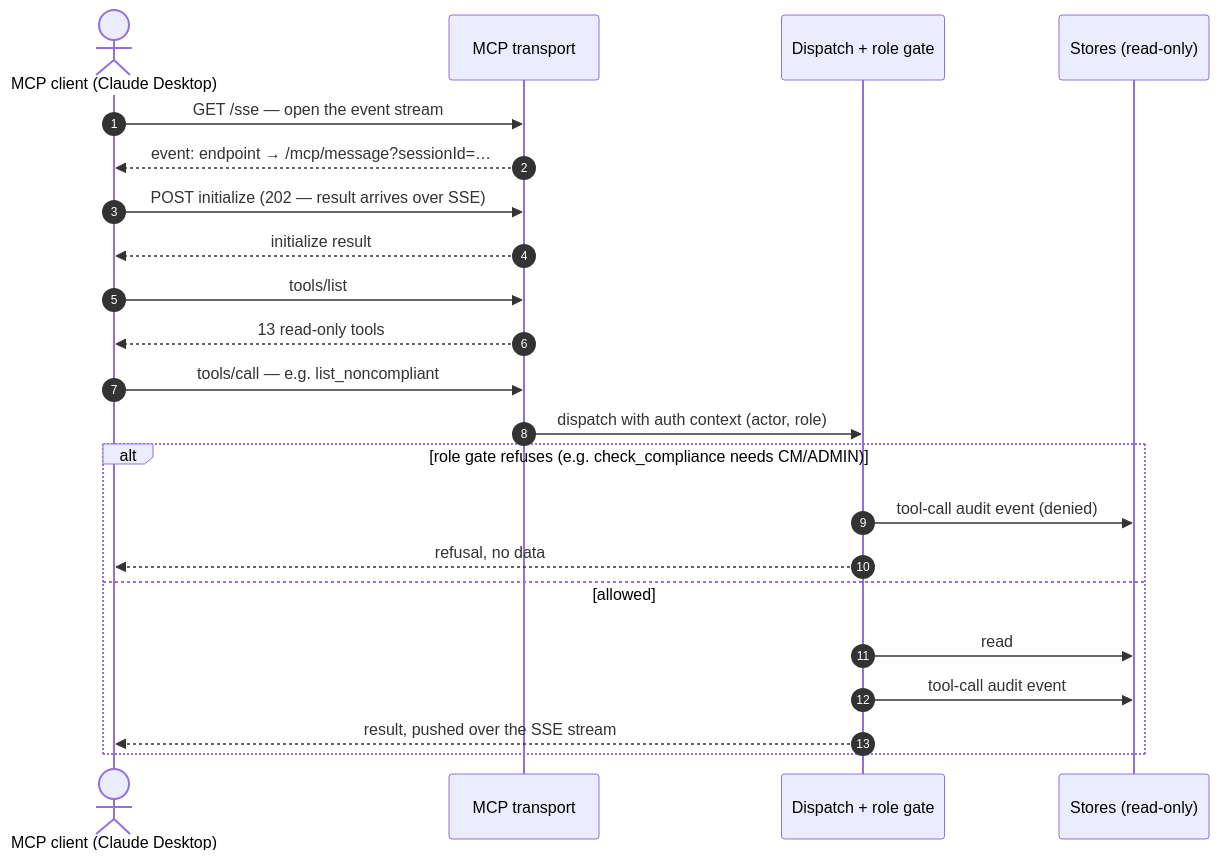
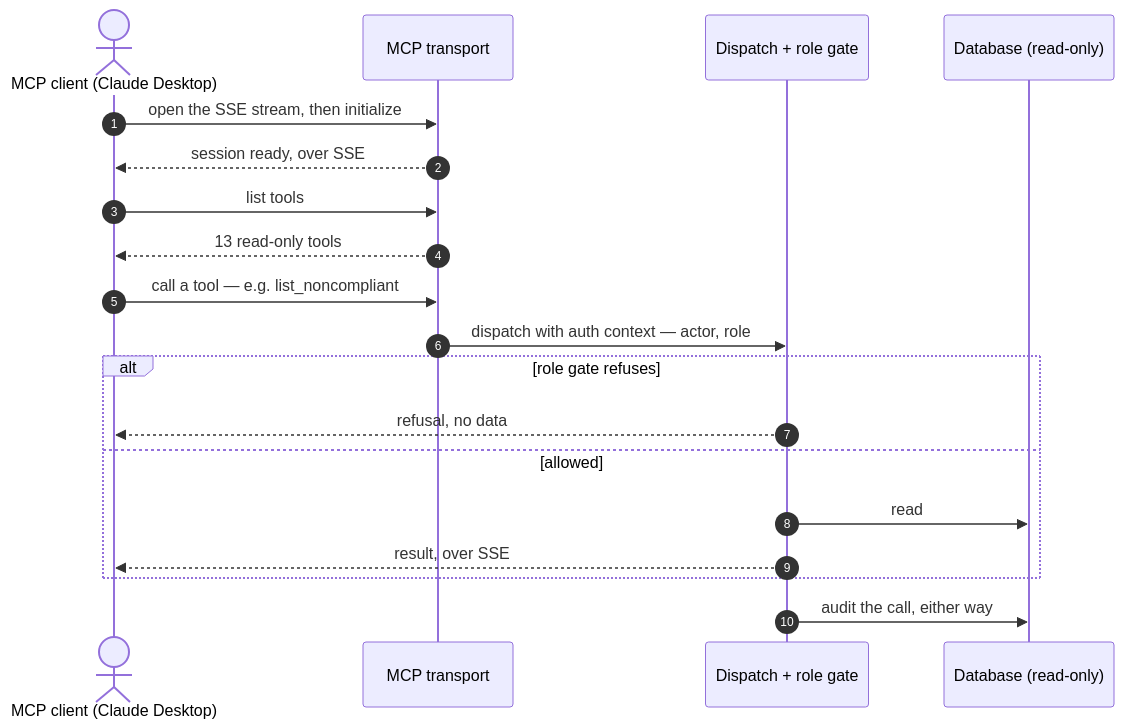
The sixth of 6 diagrams in docs/guide/10-scenarios.md (Taleef7/workwell), drawn with Mermaid before and after one commit. The commit also changed other lines of this file, not shown here.

````diff
--- a/docs/guide/10-scenarios.md
+++ b/docs/guide/10-scenarios.md
@@ -254,24 +314,21 @@
 ```mermaid
 sequenceDiagram
   autonumber
   actor C as MCP client (Claude Desktop)
   participant T as MCP transport
   participant D as Dispatch + role gate
-  participant DB as Stores (read-only)
-  C->>T: GET /sse — open the event stream
-  T-->>C: event: endpoint → /mcp/message?sessionId=…
-  C->>T: POST initialize (202 — result arrives over SSE)
-  T-->>C: initialize result
-  C->>T: tools/list
+  participant DB as Database (read-only)
+  C->>T: open the SSE stream, then initialize
+  T-->>C: session ready, over SSE
+  C->>T: list tools
   T-->>C: 13 read-only tools
-  C->>T: tools/call — e.g. list_noncompliant
-  T->>D: dispatch with auth context (actor, role)
-  alt role gate refuses (e.g. check_compliance needs CM/ADMIN)
-    D->>DB: tool-call audit event (denied)
+  C->>T: call a tool — e.g. list_noncompliant
+  T->>D: dispatch with auth context — actor, role
+  alt role gate refuses
     D-->>C: refusal, no data
   else allowed
     D->>DB: read
-    D->>DB: tool-call audit event
-    D-->>C: result, pushed over the SSE stream
+    D-->>C: result, over SSE
   end
+  D->>DB: audit the call, either way
 ```
````
